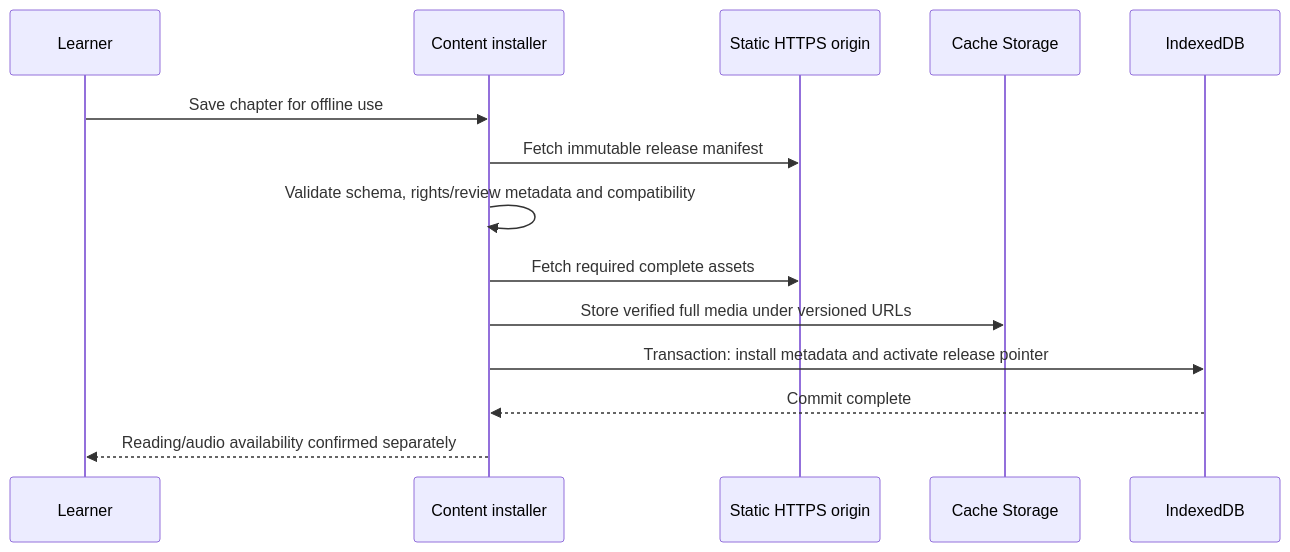
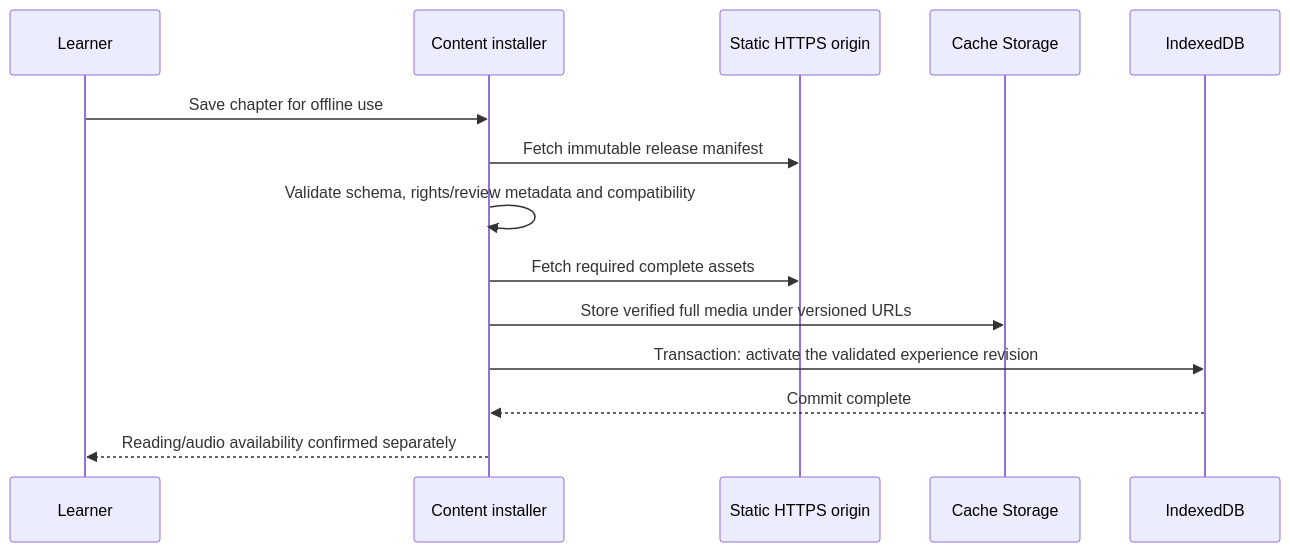
One commit to abhisheksiet23/shrut-dhara changed the second of 2 diagrams in docs/app-design.md. Above: the diagram before and after it, drawn with Mermaid. The commit also changed other lines of this file and 36 other files, not shown here.

````diff
--- a/docs/app-design.md
+++ b/docs/app-design.md
@@ -116,16 +142,16 @@
 ```mermaid
 sequenceDiagram
   participant U as Learner
   participant I as Content installer
   participant H as Static HTTPS origin
   participant C as Cache Storage
   participant D as IndexedDB
   U->>I: Save chapter for offline use
   I->>H: Fetch immutable release manifest
   I->>I: Validate schema, rights/review metadata and compatibility
   I->>H: Fetch required complete assets
   I->>C: Store verified full media under versioned URLs
-  I->>D: Transaction: install metadata and activate release pointer
+  I->>D: Transaction: activate the validated experience revision
   D-->>I: Commit complete
   I-->>U: Reading/audio availability confirmed separately
 ```
````
